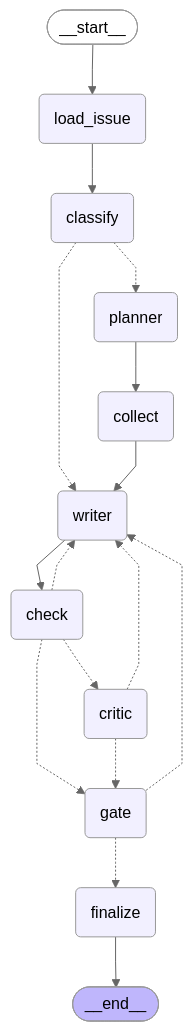
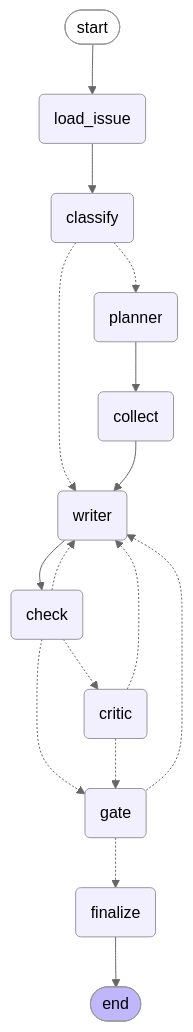
One commit to mateusveloso/graphplay changed the diagram in docs/graph.mmd. Above: the diagram before and after it, drawn with Mermaid (neutral theme). The commit also changed 68 other files, not shown here.

First line of the commit message:
Rewrite in Go with a hand-rolled graph runtime

```diff
--- a/docs/graph.mmd
+++ b/docs/graph.mmd
@@ -1,35 +1,30 @@
----
-config:
-  flowchart:
-    curve: linear
----
 graph TD;
-	__start__([<p>__start__</p>]):::first
+	__start__([start]):::first
 	load_issue(load_issue)
 	classify(classify)
 	planner(planner)
 	collect(collect)
 	writer(writer)
 	check(check)
 	critic(critic)
 	gate(gate)
 	finalize(finalize)
-	__end__([<p>__end__</p>]):::last
+	__end__([end]):::last
 	__start__ --> load_issue;
+	load_issue --> classify;
+	classify -.-> planner;
+	classify -.-> writer;
+	planner --> collect;
+	collect --> writer;
+	writer --> check;
 	check -.-> critic;
 	check -.-> gate;
 	check -.-> writer;
-	classify -.-> planner;
-	classify -.-> writer;
-	collect --> writer;
 	critic -.-> gate;
 	critic -.-> writer;
 	gate -.-> finalize;
 	gate -.-> writer;
-	load_issue --> classify;
-	planner --> collect;
-	writer --> check;
 	finalize --> __end__;
 	classDef default fill:#f2f0ff,line-height:1.2
 	classDef first fill-opacity:0
 	classDef last fill:#bfb6fc
```
